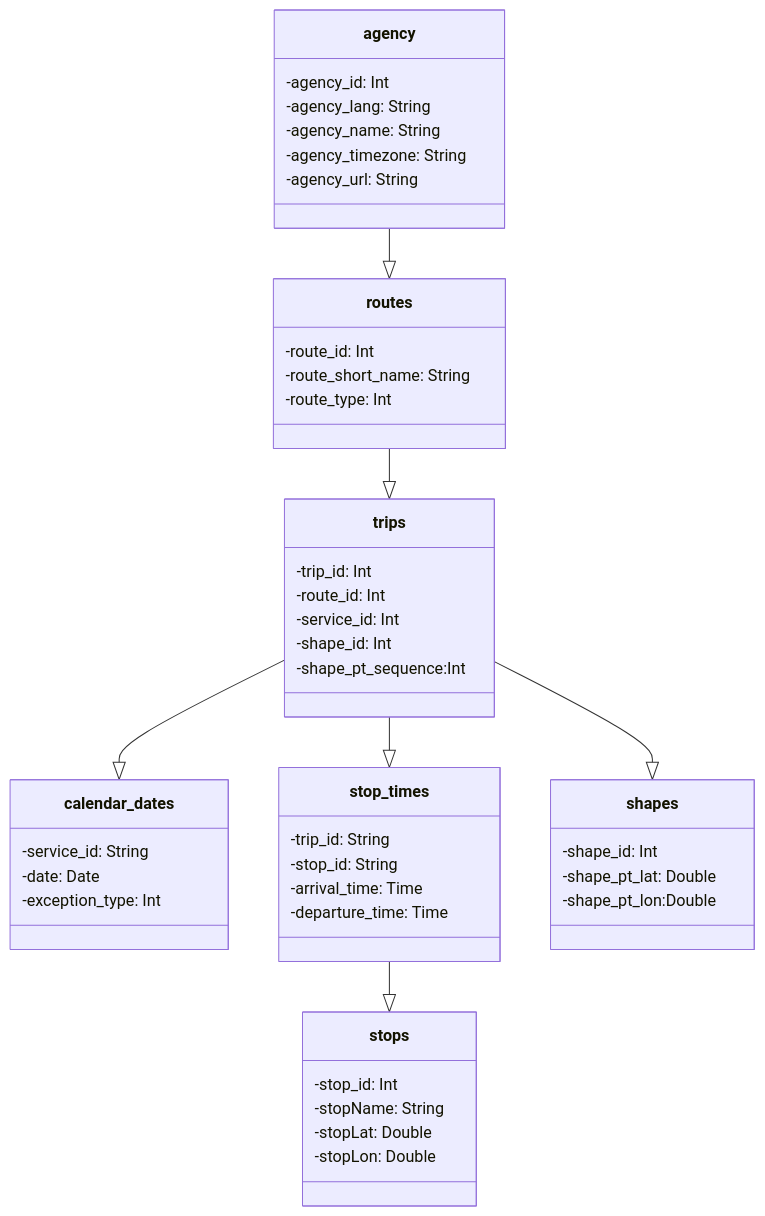
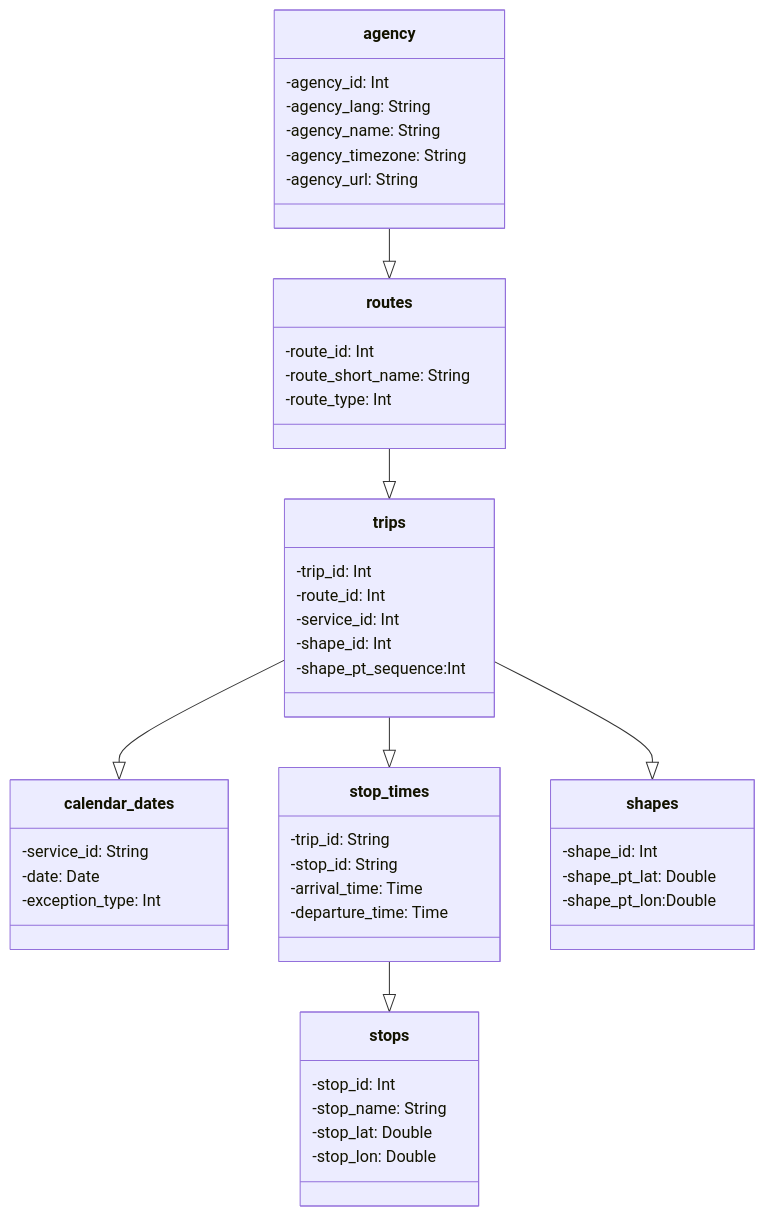
The diagram in README.md (tullanders/gtfs_neo4j), drawn with Mermaid before and after one commit.

````diff
--- a/README.md
+++ b/README.md
@@ -8,56 +8,56 @@
 ```mermaid
 classDiagram
 agency --|> routes
 routes --|> trips
 trips --|> calendar_dates
 trips --|> stop_times
 trips --|> shapes
 stop_times --|> stops
 class agency {
   -agency_id: Int
   -agency_lang: String
   -agency_name: String
   -agency_timezone: String
   -agency_url: String
 }
 class stops {
   -stop_id: Int
-  -stopName: String
-  -stopLat: Double
-  -stopLon: Double
+  -stop_name: String
+  -stop_lat: Double
+  -stop_lon: Double
 }
 
 class routes {
   -route_id: Int
   -route_short_name: String
   -route_type: Int
 }
 
 class trips {
   -trip_id: Int
   -route_id: Int
   -service_id: Int
   -shape_id: Int
   -shape_pt_sequence:Int
 }
 class shapes {
   -shape_id: Int
   -shape_pt_lat: Double
   -shape_pt_lon:Double
 }
 class stop_times {
   -trip_id: String
   -stop_id: String
   -arrival_time: Time
   -departure_time: Time
 }
 
 class calendar_dates {
   -service_id: String
   -date: Date
   -exception_type: Int
 }
 
 
 
 ```
````
